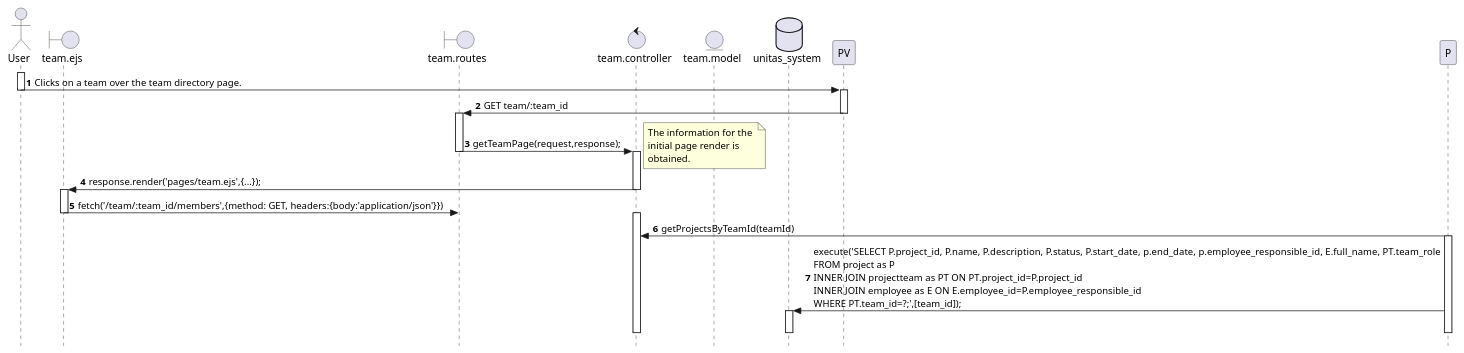
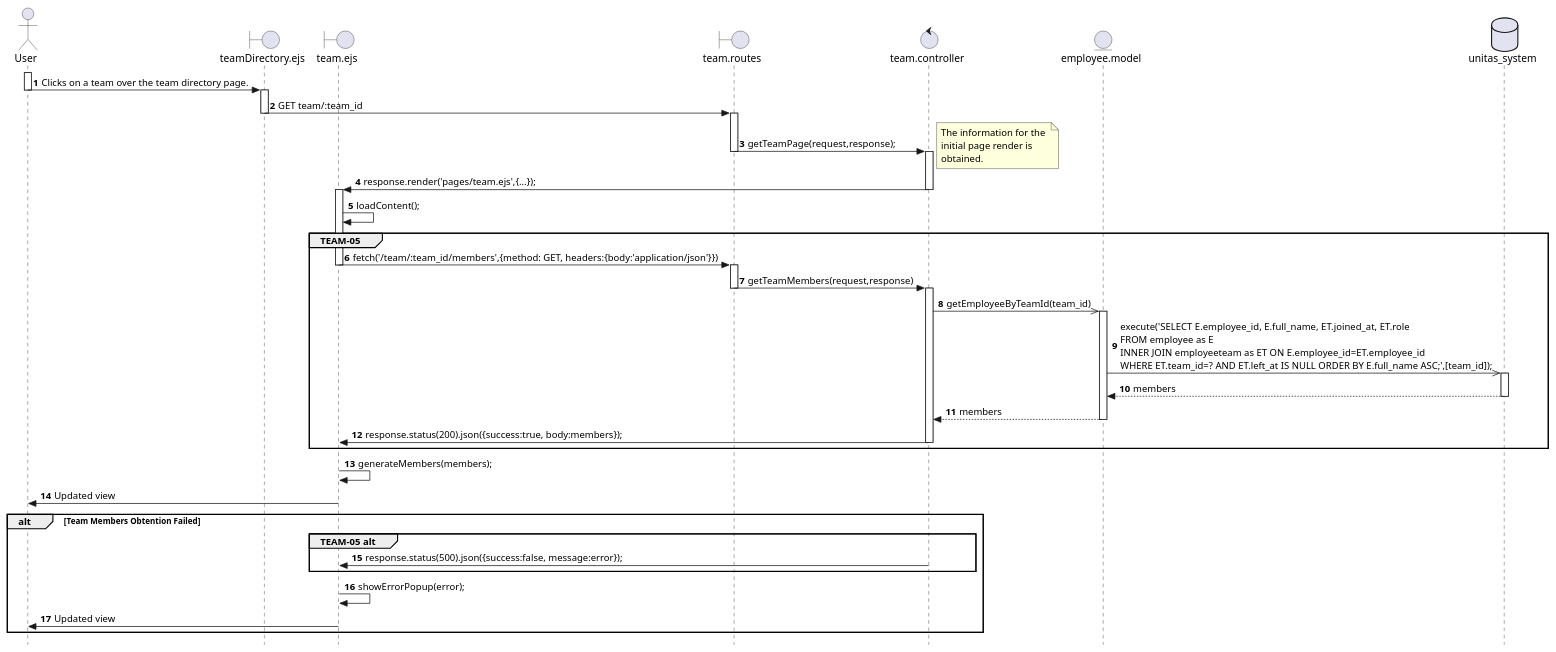
One commit to Berthou05/LimboSoftwareDevelopment_Change.org changed the diagram in documentation/sequence_diagrams/TEAM-05-SD.puml. Above: the diagram before and after it, drawn with PlantUML. The commit also changed 4 other files, not shown here.

Commit message:
[DOCS]: Modification of TEAM-05, 06-01 and 06-02. Comment Addition on employeeTeamMembership.js

```diff
--- a/documentation/sequence_diagrams/TEAM-05-SD.puml
+++ b/documentation/sequence_diagrams/TEAM-05-SD.puml
@@ -1,50 +1,73 @@
 @startuml
 autonumber
 skinparam Style strictuml
 
 actor User as U
+boundary "teamDirectory.ejs" as PV
 boundary "team.ejs" as V
 boundary "team.routes" as RO
 control "team.controller" as C
-entity "team.model" as T
+entity "employee.model" as P
 database "unitas_system" as BD
 
 autonumber
-
 
 activate U
 U->PV:Clicks on a team over the team directory page.
 deactivate U
     activate PV
     PV->RO: GET team/:team_id
     deactivate PV
         activate RO
         RO->C: getTeamPage(request,response);
         deactivate RO
             activate C
             note right
             The information for the 
             initial page render is 
             obtained.
             end note
             C->V:response.render('pages/team.ejs',{...});
             deactivate C
     activate V
+    V->V:loadContent();
+    group TEAM-05
     V->RO:fetch('/team/:team_id/members',{method: GET, headers:{body:'application/json'}})
     deactivate V
+        activate RO
+        RO->C:getTeamMembers(request,response)
+        deactivate RO
         activate C
-        P->C:getProjectsByTeamId(teamId)
+        C->>P:getEmployeeByTeamId(team_id)
             activate P
-            P->BD: execute('SELECT P.project_id, P.name, P.description, P.status, P.start_date, p.end_date, p.employee_responsible_id, E.full_name, PT.team_role \nFROM project as P \nINNER JOIN projectteam as PT ON PT.project_id=P.project_id \nINNER JOIN employee as E ON E.employee_id=P.employee_responsible_id \nWHERE PT.team_id=?;',[team_id]);
+            P->>BD: execute('SELECT E.employee_id, E.full_name, ET.joined_at, ET.role \nFROM employee as E \nINNER JOIN employeeteam as ET ON E.employee_id=ET.employee_id \nWHERE ET.team_id=? AND ET.left_at IS NULL ORDER BY E.full_name ASC;',[team_id]);
                 activate BD
-                
+                BD-->P:members
                 deactivate BD
+            P-->C:members
             deactivate P
+        C->V:response.status(200).json({success:true, body:members});
         deactivate C
+        end group
+    activate V
+    V->V:generateMembers(members);
+    V->U:Updated view
+    deactivate V
+
+alt Team Members Obtention Failed
+    group TEAM-05 alt
+        C->V:response.status(500).json({success:false, message:error});     
+        deactivate C
+    end group
+    activate V
+    V->V:showErrorPopup(error);
+    V->U:Updated view
+    deactivate V
+end
 
 
 
 
 
 
 @enduml
```
